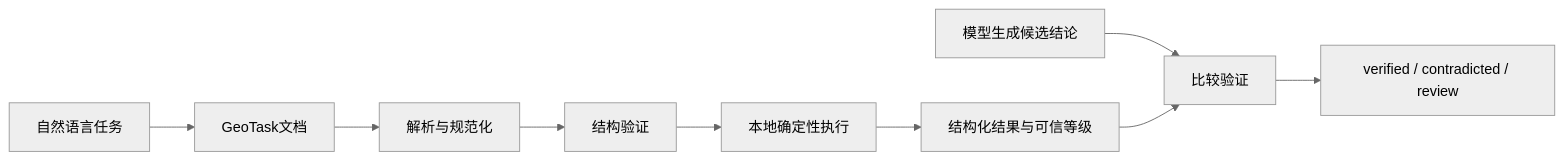
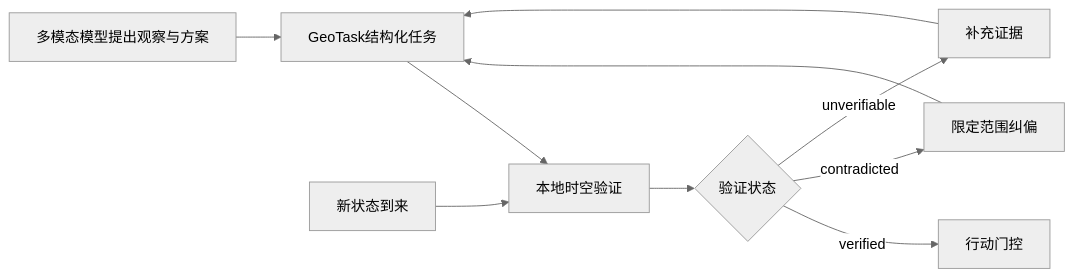
The diagram in README.md (stpku/GeoTask), drawn with Mermaid (neutral theme) before and after one commit. The commit also changed other lines of this file and 9 other files, not shown here.

````diff
--- a/README.md
+++ b/README.md
@@ -54,11 +56,12 @@
 ```mermaid
 flowchart LR
-  A[自然语言任务] --> B[GeoTask文档]
-  B --> C[解析与规范化]
-  C --> D[结构验证]
-  D --> E[本地确定性执行]
-  E --> F[结构化结果与可信等级]
-  M[模型生成候选结论] --> G[比较验证]
-  F --> G
-  G --> H[verified / contradicted / review]
+  M[多模态模型提出观察与方案] --> T[GeoTask结构化任务]
+  T --> V[本地时空验证]
+  V --> S{验证状态}
+  S -->|verified| G[行动门控]
+  S -->|contradicted| C[限定范围纠偏]
+  S -->|unverifiable| E[补充证据]
+  C --> T
+  E --> T
+  N[新状态到来] --> V
 ```
````
